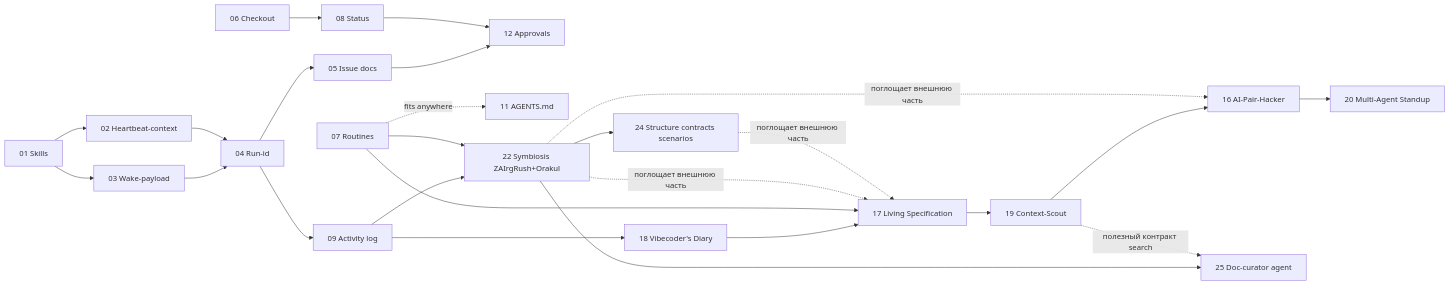
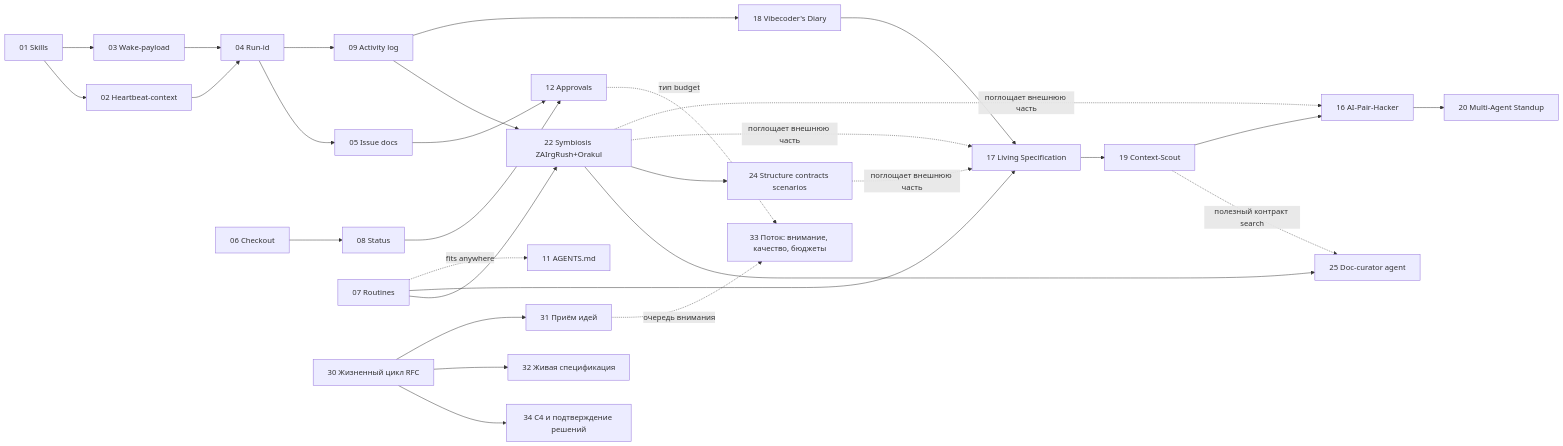
Before and after one commit to Orange-hanter/cod-doc: the diagram in proposals/README.md, drawn with Mermaid. The commit also changed other lines of this file and 3 other files, not shown here.

First line of the commit message:
docs(rfc): RFC 31 «Приём идей» и RFC 33 «Поток: внимание, качество, бюджеты»

````diff
--- a/proposals/README.md
+++ b/proposals/README.md
@@ -118,31 +132,39 @@
 ```mermaid
 graph LR
     A[01 Skills] --> B[03 Wake-payload]
     A --> C[02 Heartbeat-context]
     B --> D[04 Run-id]
     C --> D
     D --> E[09 Activity log]
     D --> F[05 Issue docs]
     F --> G[12 Approvals]
     H[08 Status] --> G
     I[06 Checkout] --> H
     J[07 Routines] -.fits anywhere.-> K[11 AGENTS.md]
     
     %% Hackathon-track
     E --> L[18 Vibecoder's Diary]
     L --> M[17 Living Specification]
     J --> M
     M --> N[19 Context-Scout]
     N --> O[16 AI-Pair-Hacker]
     O --> P[20 Multi-Agent Standup]
 
     %% Symbiosis-track
     E --> Q[22 Symbiosis ZAIrgRush+Orakul]
     J --> Q
     Q -.поглощает внешнюю часть.-> O
     Q -.поглощает внешнюю часть.-> M
     Q --> R[24 Structure contracts scenarios]
     R -.поглощает внешнюю часть.-> M
     Q --> S[25 Doc-curator agent]
     N -.полезный контракт search.-> S
+
+    %% Artifact-pipeline track
+    T[30 Жизненный цикл RFC] --> U[31 Приём идей]
+    T --> V[32 Живая спецификация]
+    T --> W[34 C4 и подтверждение решений]
+    X[33 Поток: внимание, качество, бюджеты]
+    U -.очередь внимания.-> X
+    G -.тип budget.-> X
 ```
````
